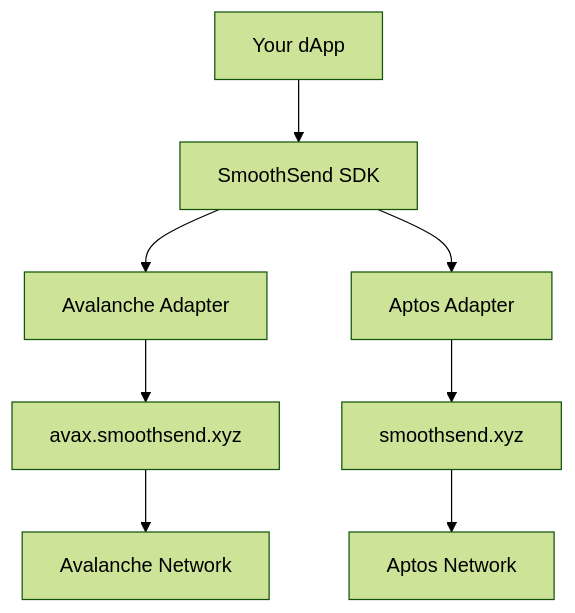
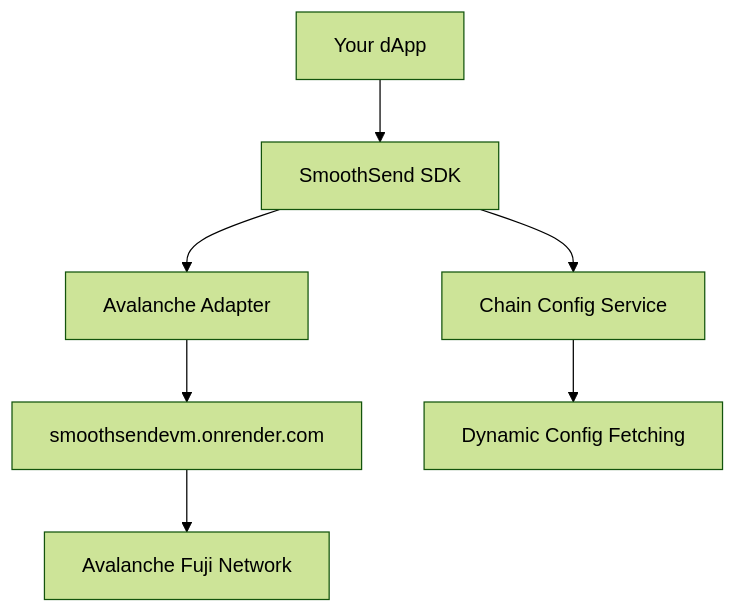
The diagram in index.md (SmoothSend/smoothsend-sdk-docs), drawn with Mermaid (forest theme) before and after one commit. The commit also changed other lines of this file and 7 other files, not shown here.

Commit message:
docs: update changelog and documentation to reflect removal of Aptos support, introduction of Avalanche-only focus, and enhancements in dynamic configuration services; include migration guide for users transitioning from previous versions

````diff
--- a/index.md
+++ b/index.md
@@ -61,10 +61,9 @@
 ```mermaid
 graph TD
     A[Your dApp] --> B[SmoothSend SDK]
     B --> C[Avalanche Adapter]
-    B --> D[Aptos Adapter]
-    C --> E[avax.smoothsend.xyz]
-    D --> F[smoothsend.xyz]
-    E --> G[Avalanche Network]
-    F --> H[Aptos Network]
+    B --> D[Chain Config Service]
+    C --> E[smoothsendevm.onrender.com]
+    D --> F[Dynamic Config Fetching]
+    E --> G[Avalanche Fuji Network]
 ```
````
